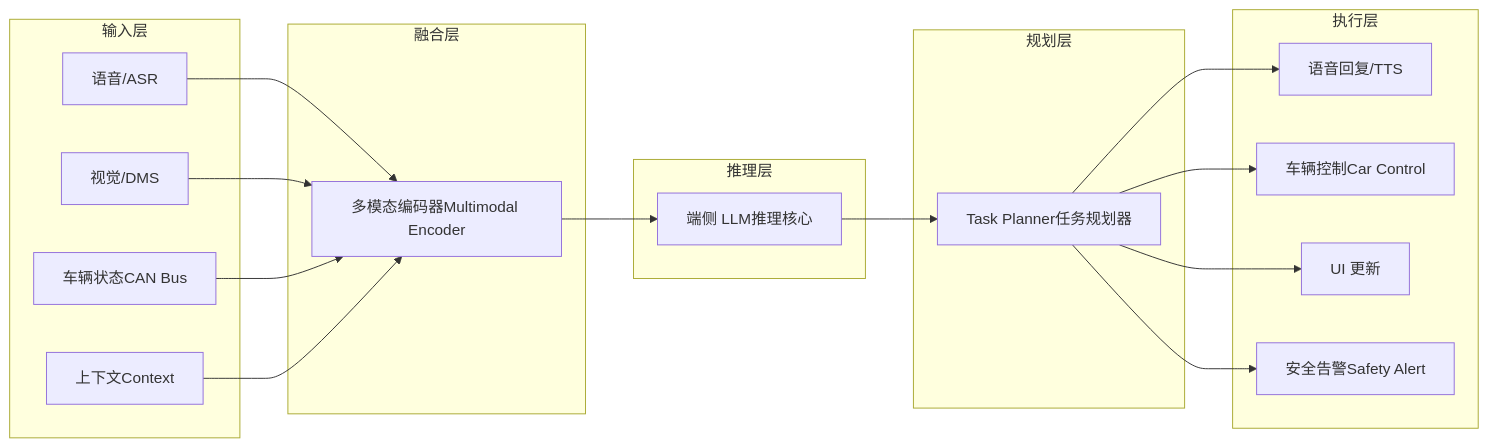
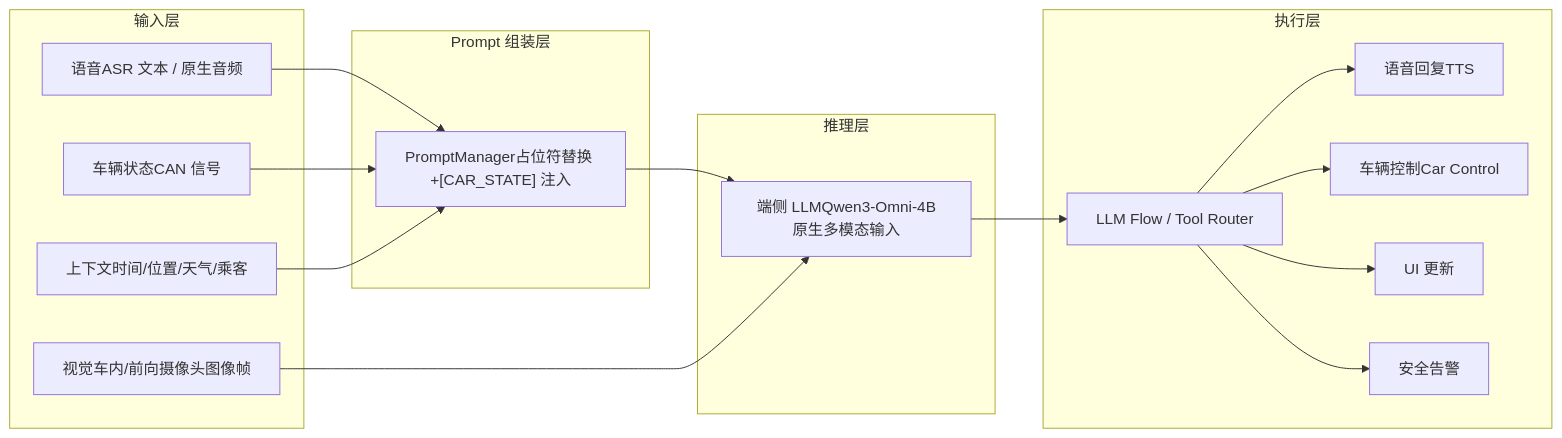
One commit to ranpin/edge-ai-docs changed the second of 3 diagrams in cockpit/projects/agent-framework/overview.md. Above: the diagram before and after it, drawn with Mermaid. The commit also changed other lines of this file and 8 other files, not shown here.

````diff
--- a/cockpit/projects/agent-framework/overview.md
+++ b/cockpit/projects/agent-framework/overview.md
@@ -51,39 +89,36 @@
 ```mermaid
 graph LR
     subgraph 输入层
-        A1["语音/ASR"]
-        A2["视觉/DMS"]
-        A3["车辆状态CAN Bus"]
-        A4["上下文Context"]
+        A1["语音ASR 文本 / 原生音频"]
+        A2["视觉车内/前向摄像头图像帧"]
+        A3["车辆状态CAN 信号"]
+        A4["上下文时间/位置/天气/乘客"]
     end
 
-    subgraph 融合层
-        B["多模态编码器Multimodal Encoder"]
+    subgraph Prompt 组装层
+        B["PromptManager占位符替换 +[CAR_STATE] 注入"]
     end
 
     subgraph 推理层
-        C["端侧 LLM推理核心"]
-    end
-
-    subgraph 规划层
-        D["Task Planner任务规划器"]
+        C["端侧 LLMQwen3-Omni-4B原生多模态输入"]
     end
 
     subgraph 执行层
-        E1["语音回复/TTS"]
+        D["LLM Flow / Tool Router"]
+        E1["语音回复TTS"]
         E2["车辆控制Car Control"]
         E3["UI 更新"]
-        E4["安全告警Safety Alert"]
+        E4["安全告警"]
     end
 
     A1 --> B
-    A2 --> B
     A3 --> B
     A4 --> B
     B --> C
+    A2 --> C
     C --> D
     D --> E1
     D --> E2
     D --> E3
     D --> E4
 ```
````
